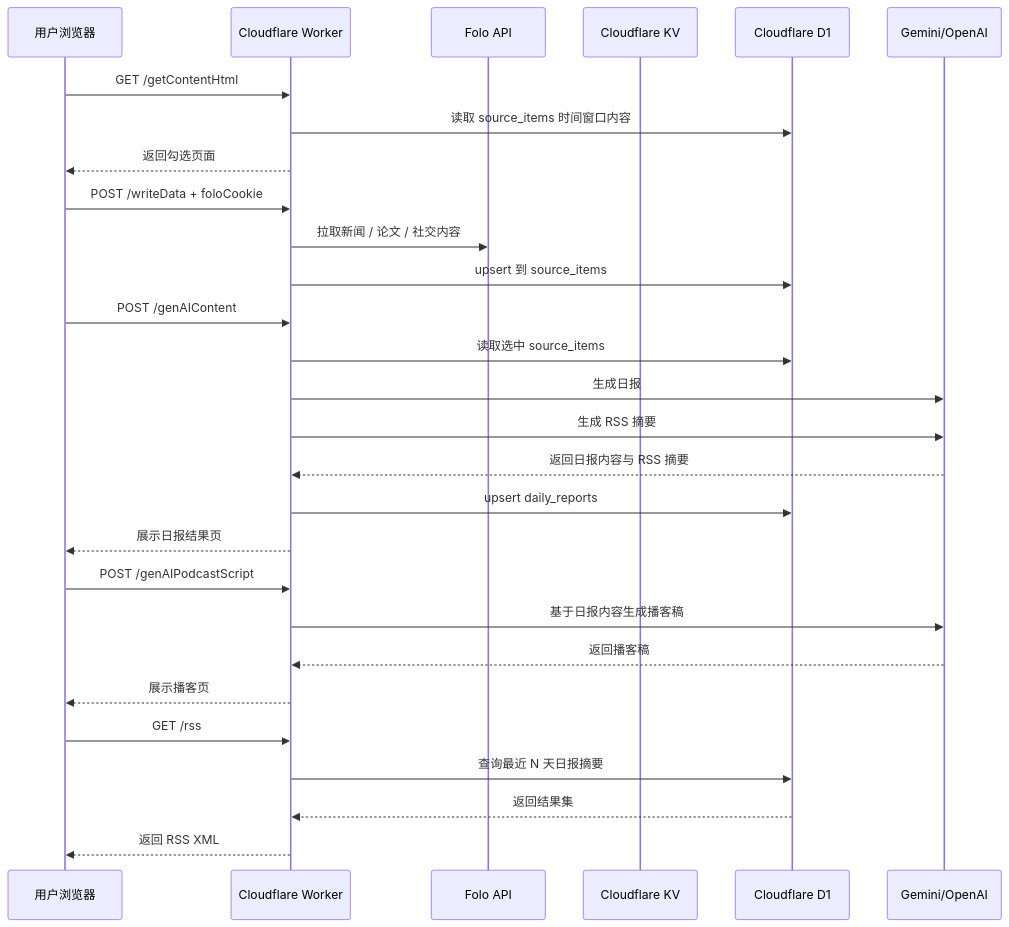
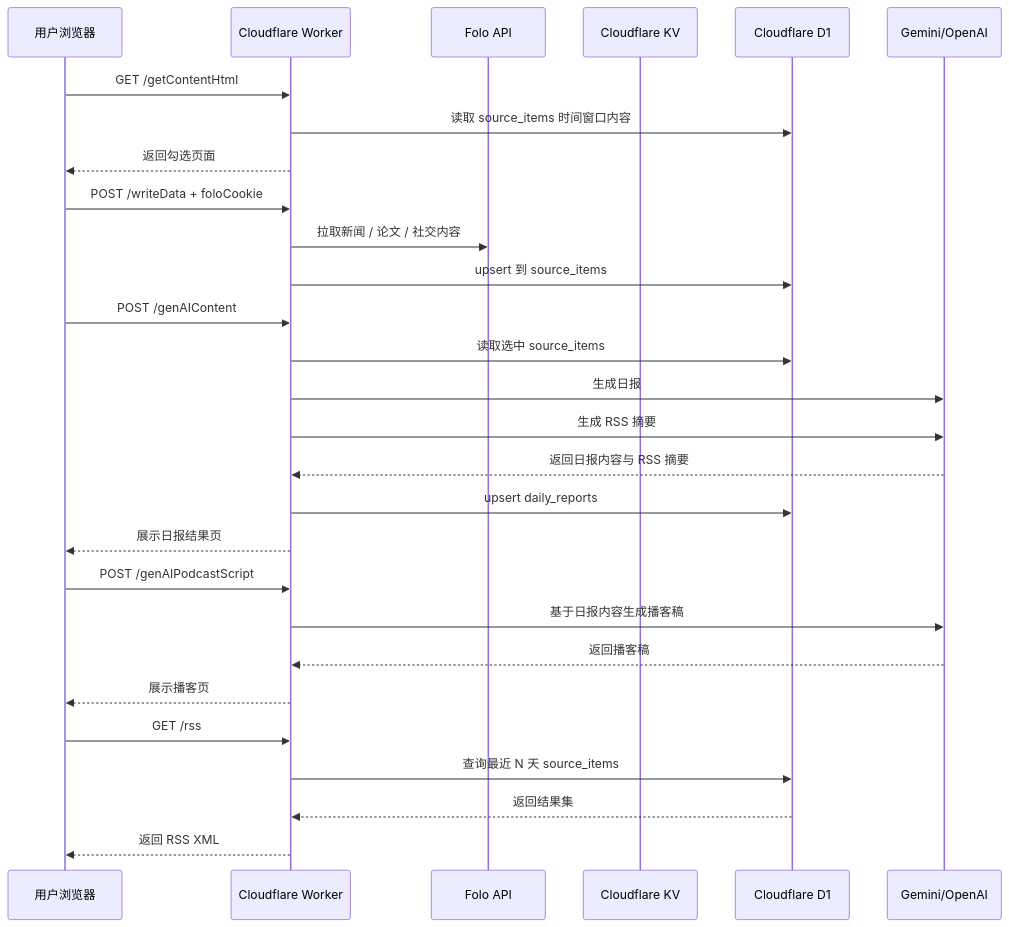
The second of 2 diagrams in docs/DATA_FLOW.md (wenson/CloudFlare-AI-Insight-Daily), drawn with Mermaid before and after one commit. The commit also changed other lines of this file and 7 other files, not shown here.

Commit message:
feat: serve rss from source items

````diff
--- a/docs/DATA_FLOW.md
+++ b/docs/DATA_FLOW.md
@@ -68,35 +68,35 @@
 ```mermaid
 sequenceDiagram
     participant User as 用户浏览器
     participant Worker as Cloudflare Worker
     participant Folo as Folo API
     participant KV as Cloudflare KV
     participant D1 as Cloudflare D1
     participant AI as Gemini/OpenAI
 
     User->>Worker: GET /getContentHtml
     Worker->>D1: 读取 source_items 时间窗口内容
     Worker-->>User: 返回勾选页面
 
     User->>Worker: POST /writeData + foloCookie
     Worker->>Folo: 拉取新闻 / 论文 / 社交内容
     Worker->>D1: upsert 到 source_items
 
     User->>Worker: POST /genAIContent
     Worker->>D1: 读取选中 source_items
     Worker->>AI: 生成日报
     Worker->>AI: 生成 RSS 摘要
     AI-->>Worker: 返回日报内容与 RSS 摘要
     Worker->>D1: upsert daily_reports
     Worker-->>User: 展示日报结果页
 
     User->>Worker: POST /genAIPodcastScript
     Worker->>AI: 基于日报内容生成播客稿
     AI-->>Worker: 返回播客稿
     Worker-->>User: 展示播客页
 
     User->>Worker: GET /rss
-    Worker->>D1: 查询最近 N 天日报摘要
+    Worker->>D1: 查询最近 N 天 source_items
     D1-->>Worker: 返回结果集
     Worker-->>User: 返回 RSS XML
 ```
````
